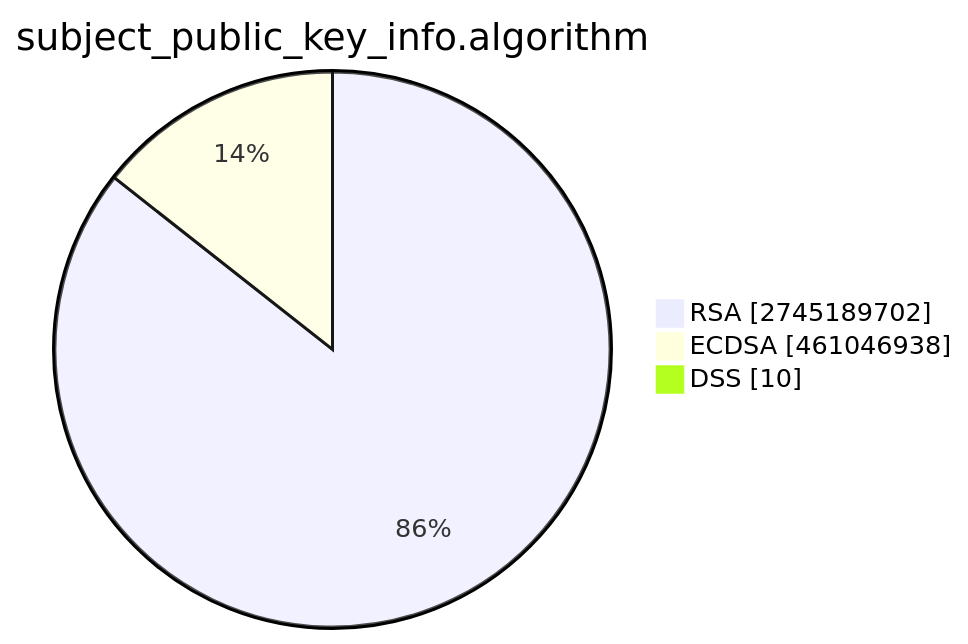
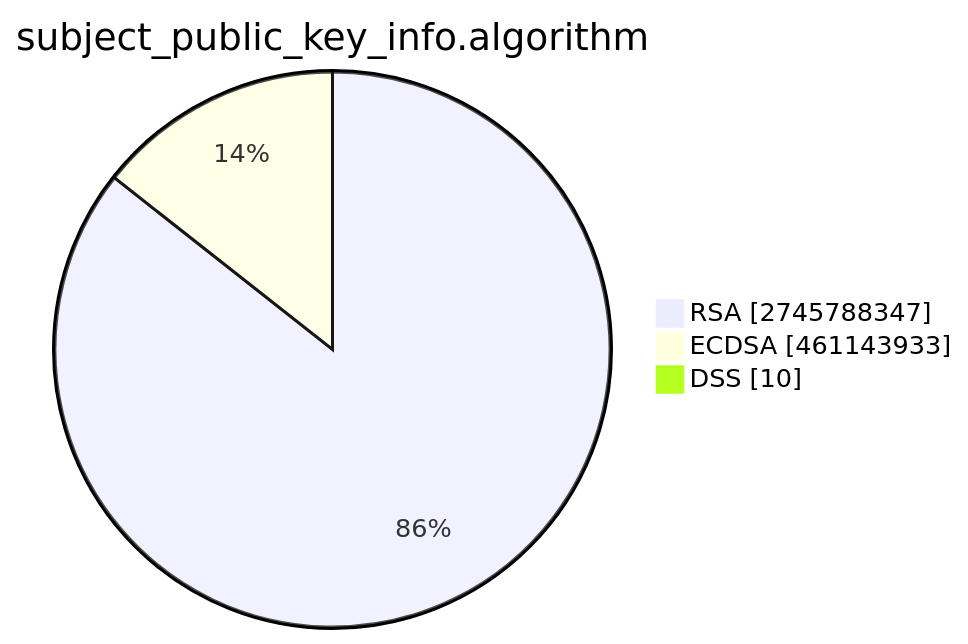
One commit to christiankrug/ctmonitor_visualization changed the second of 15 diagrams in TOTAL/README.md. Above: the diagram before and after it, drawn with Mermaid. The commit also changed other lines of this file, not shown here.

````diff
--- a/TOTAL/README.md
+++ b/TOTAL/README.md
@@ -6,7 +6,7 @@
 ```mermaid
 pie showData
 title subject_public_key_info.algorithm
-"RSA" :2745189702
-"ECDSA" :461046938
+"RSA" :2745788347
+"ECDSA" :461143933
 "DSS" :10
 ```
````
